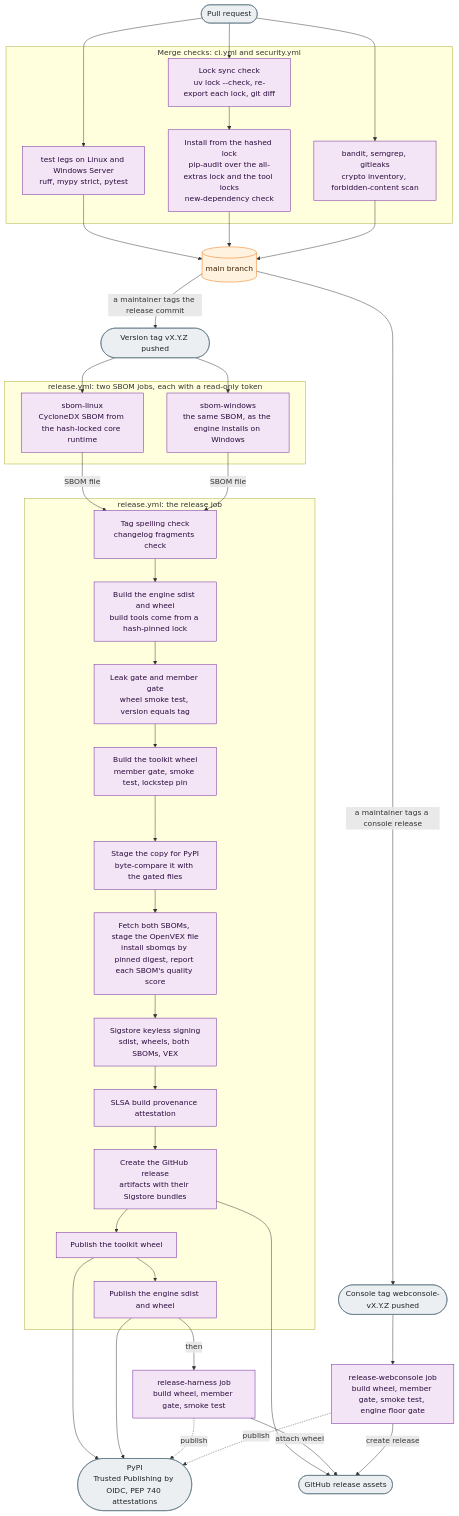
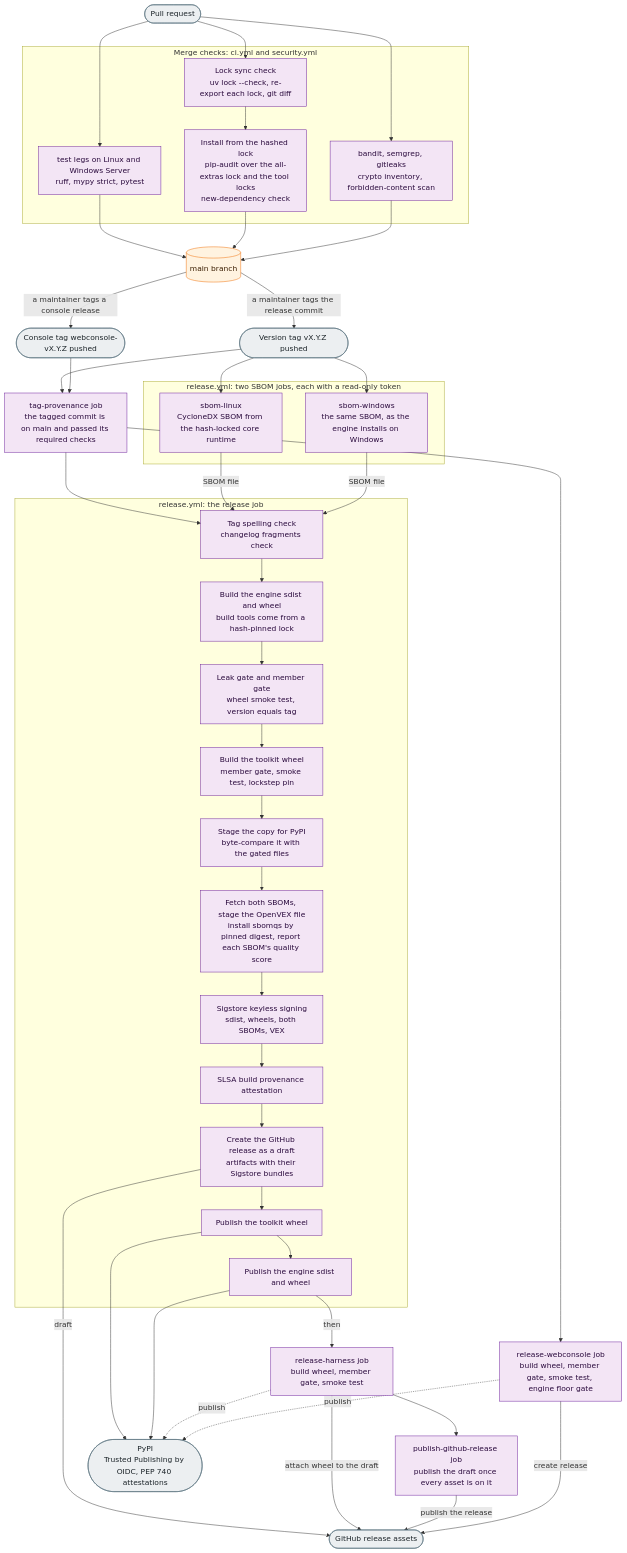
The diagram in docs/SUPPLY-CHAIN.md (MEFORORG/MessageFoundry), drawn with Mermaid before and after one commit. The commit also changed other lines of this file and 10 other files, not shown here.

````diff
--- a/docs/SUPPLY-CHAIN.md
+++ b/docs/SUPPLY-CHAIN.md
@@ -32,6 +32,7 @@
 
   MAIN[("main branch")]:::store
   TAG(["Version tag vX.Y.Z pushed"]):::ext
+  PROV["tag-provenance job<br/>the tagged commit is on main and passed its required checks"]:::build
 
   subgraph SBOMS["release.yml: two SBOM jobs, each with a read-only token"]
     SBL["sbom-linux<br/>CycloneDX SBOM from the hash-locked core runtime"]:::build
@@ -47,12 +48,13 @@
     SBOMIN["Fetch both SBOMs, stage the OpenVEX file<br/>install sbomqs by pinned digest, report each SBOM's quality score"]:::build
     SIGN["Sigstore keyless signing<br/>sdist, wheels, both SBOMs, VEX"]:::build
     SLSA["SLSA build provenance attestation"]:::build
-    GHREL["Create the GitHub release<br/>artifacts with their Sigstore bundles"]:::build
+    GHREL["Create the GitHub release as a draft<br/>artifacts with their Sigstore bundles"]:::build
     PUBTK["Publish the toolkit wheel"]:::build
     PUBENG["Publish the engine sdist and wheel"]:::build
   end
 
   HARN["release-harness job<br/>build wheel, member gate, smoke test"]:::build
+  GHPUB["publish-github-release job<br/>publish the draft once every asset is on it"]:::build
   TAGW(["Console tag webconsole-vX.Y.Z pushed"]):::ext
   WEB["release-webconsole job<br/>build wheel, member gate, smoke test, engine floor gate"]:::build
 
@@ -67,8 +69,10 @@
   AUDIT --> MAIN
   SAST --> MAIN
   MAIN -->|"a maintainer tags the release commit"| TAG
+  TAG --> PROV
   TAG --> SBL
   TAG --> SBW
+  PROV --> PRE
   SBL -->|"SBOM file"| PRE
   SBW -->|"SBOM file"| PRE
   PRE --> BUILD
@@ -81,14 +85,17 @@
   SLSA --> GHREL
   GHREL --> PUBTK
   PUBTK --> PUBENG
-  GHREL --> GH
+  GHREL -->|"draft"| GH
   PUBTK --> PYPI
   PUBENG --> PYPI
   PUBENG -->|"then"| HARN
-  HARN -->|"attach wheel"| GH
+  HARN -->|"attach wheel to the draft"| GH
   HARN -.->|"publish"| PYPI
+  HARN --> GHPUB
+  GHPUB -->|"publish the release"| GH
   MAIN -->|"a maintainer tags a console release"| TAGW
-  TAGW --> WEB
+  TAGW --> PROV
+  PROV --> WEB
   WEB -->|"create release"| GH
   WEB -.->|"publish"| PYPI
 ```
````
